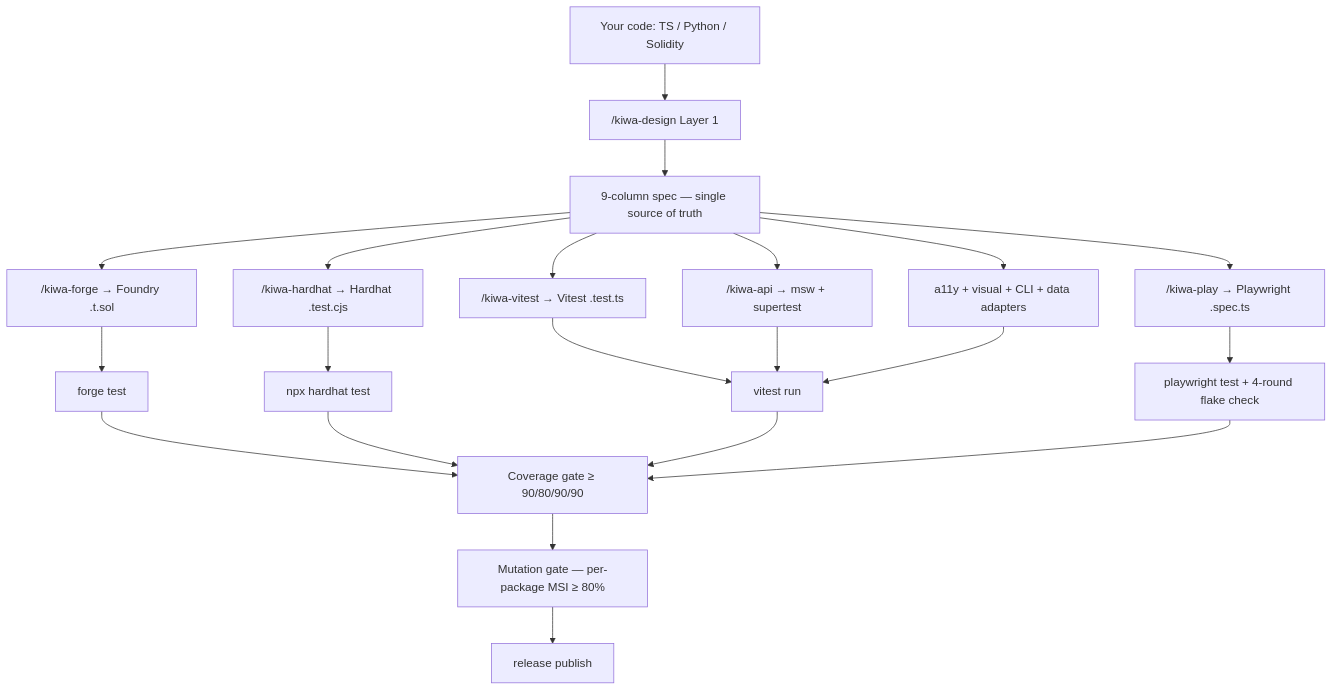
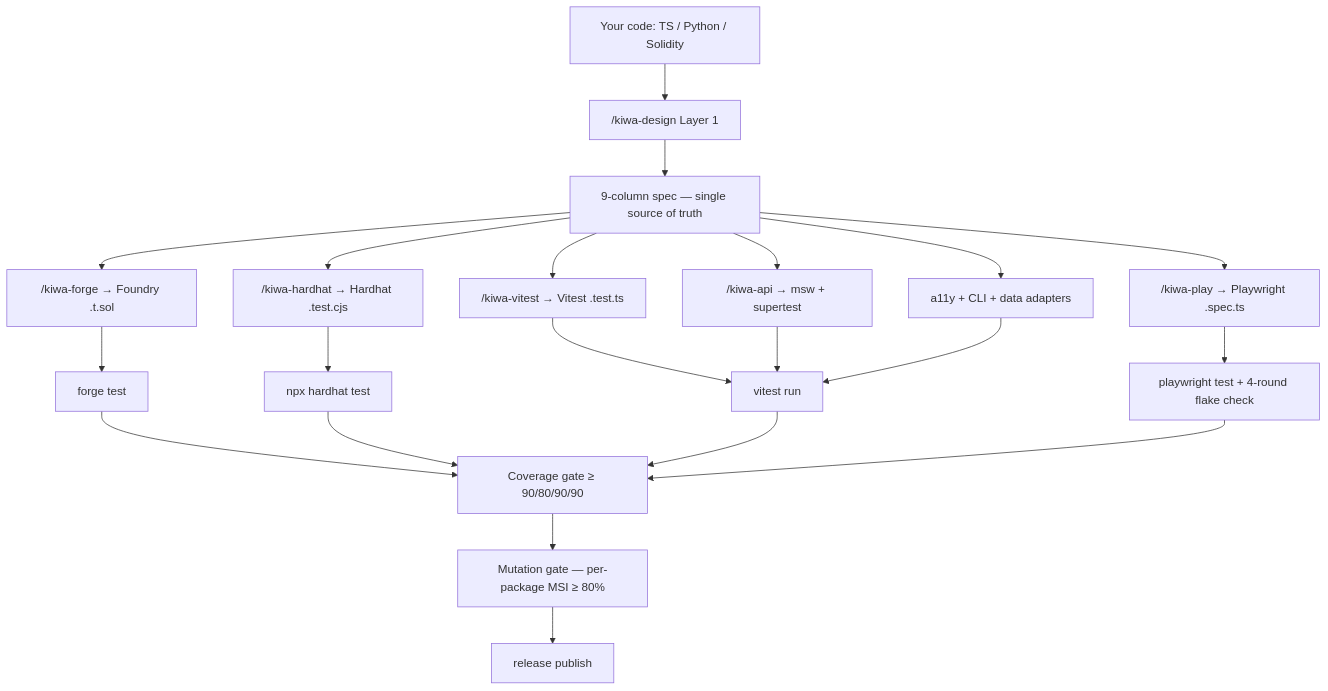
Before and after one commit to cardene777/kiwa: the diagram in README.md, drawn with Mermaid. The commit also changed other lines of this file and 5 other files, not shown here.

````diff
--- a/README.md
+++ b/README.md
@@ -55,23 +55,23 @@
 ```mermaid
 graph TD
     A[Your code: TS / Python / Solidity] --> B["/kiwa-design Layer 1"]
     B --> C[9-column spec — single source of truth]
     C --> D["/kiwa-forge → Foundry .t.sol"]
     C --> E["/kiwa-hardhat → Hardhat .test.cjs"]
     C --> F["/kiwa-vitest → Vitest .test.ts"]
     C --> G["/kiwa-api → msw + supertest"]
     C --> H["/kiwa-play → Playwright .spec.ts"]
-    C --> I["a11y + visual + CLI + data adapters"]
+    C --> I["a11y + CLI + data adapters"]
     D --> J[forge test]
     E --> K[npx hardhat test]
     F --> L[vitest run]
     G --> L
     H --> M[playwright test + 4-round flake check]
     I --> L
     J --> N[Coverage gate ≥ 90/80/90/90]
     K --> N
     L --> N
     M --> N
     N --> O[Mutation gate — per-package MSI ≥ 80%]
     O --> P[release publish]
 ```
````
